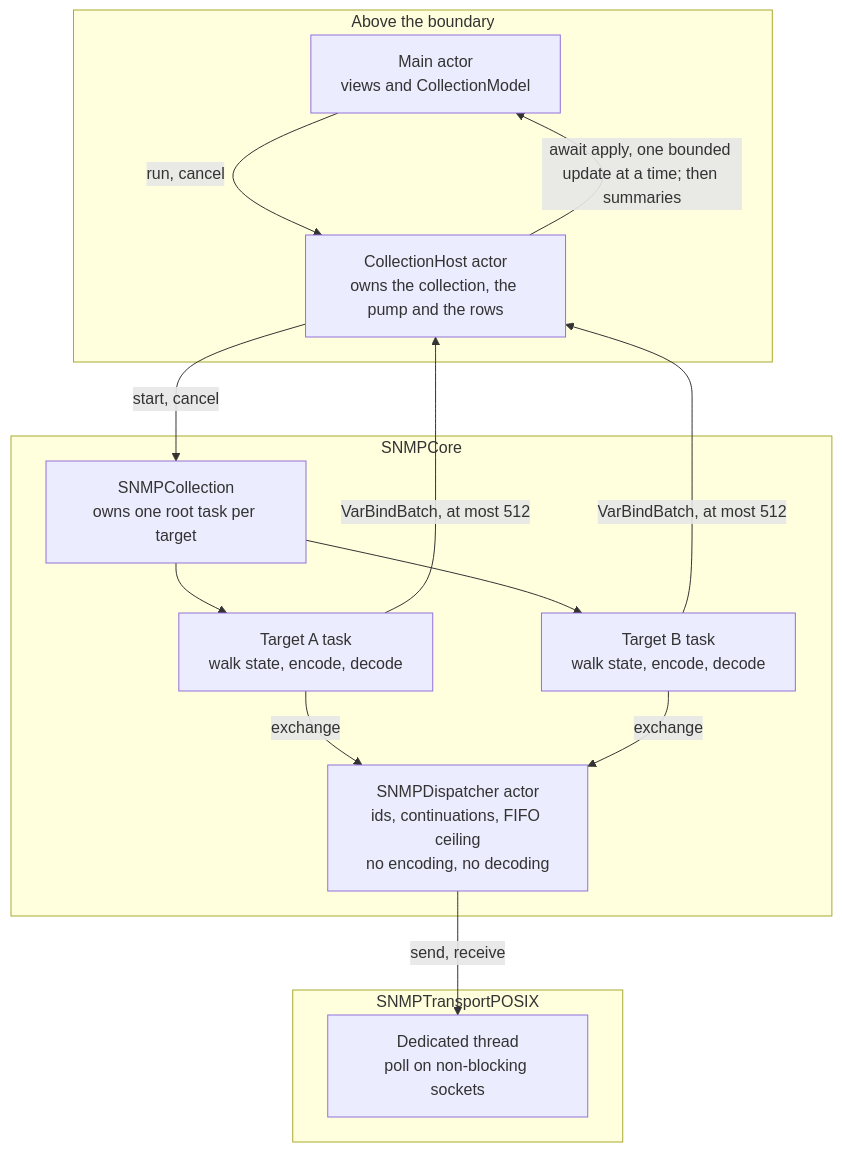
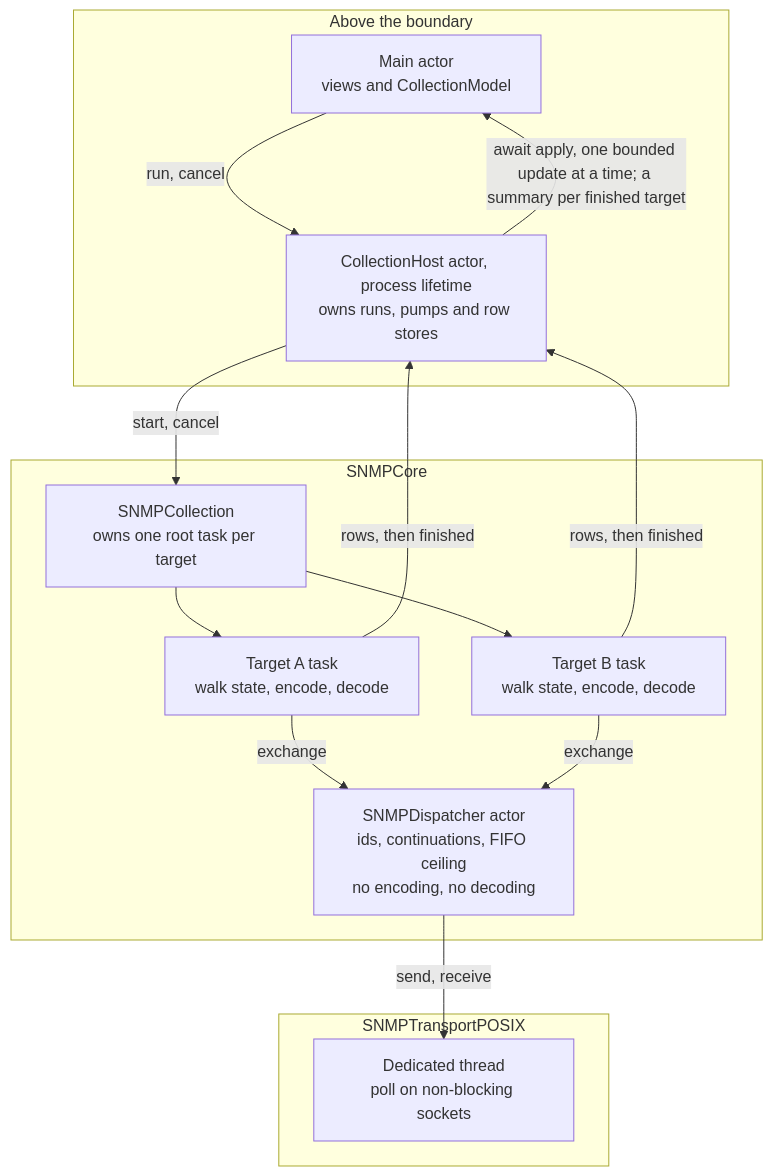
One commit to meta-agentic/meta-snmp changed the diagram in docs/adr/ADR-SNMP-04-concurrency.md. Above: the diagram before and after it, drawn with Mermaid. The commit also changed other lines of this file, not shown here.

First line of the commit message:
docs(adr): ADR-04 — ownership, restart and per-target results

````diff
--- a/docs/adr/ADR-SNMP-04-concurrency.md
+++ b/docs/adr/ADR-SNMP-04-concurrency.md
@@ -24,26 +24,26 @@
 ```mermaid
 flowchart TB
     subgraph app["Above the boundary"]
         Main["Main actor<br/>views and CollectionModel"]
-        Host["CollectionHost actor<br/>owns the collection, the pump and the rows"]
+        Host["CollectionHost actor, process lifetime<br/>owns runs, pumps and row stores"]
     end
     subgraph core["SNMPCore"]
         Col["SNMPCollection<br/>owns one root task per target"]
         T1["Target A task<br/>walk state, encode, decode"]
         T2["Target B task<br/>walk state, encode, decode"]
         Disp["SNMPDispatcher actor<br/>ids, continuations, FIFO ceiling<br/>no encoding, no decoding"]
     end
     subgraph posix["SNMPTransportPOSIX"]
         Thr["Dedicated thread<br/>poll on non-blocking sockets"]
     end
     Main -- "run, cancel" --> Host
     Host -- "start, cancel" --> Col
     Col --> T1
     Col --> T2
     T1 -- "exchange" --> Disp
     T2 -- "exchange" --> Disp
     Disp -- "send, receive" --> Thr
-    T1 -- "VarBindBatch, at most 512" --> Host
-    T2 -- "VarBindBatch, at most 512" --> Host
-    Host -- "await apply, one bounded update at a time; then summaries" --> Main
+    T1 -- "rows, then finished" --> Host
+    T2 -- "rows, then finished" --> Host
+    Host -- "await apply, one bounded update at a time; a summary per finished target" --> Main
 ```
````
